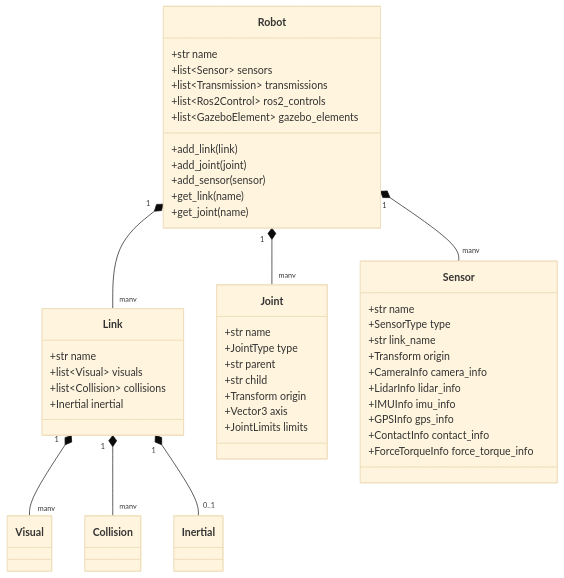
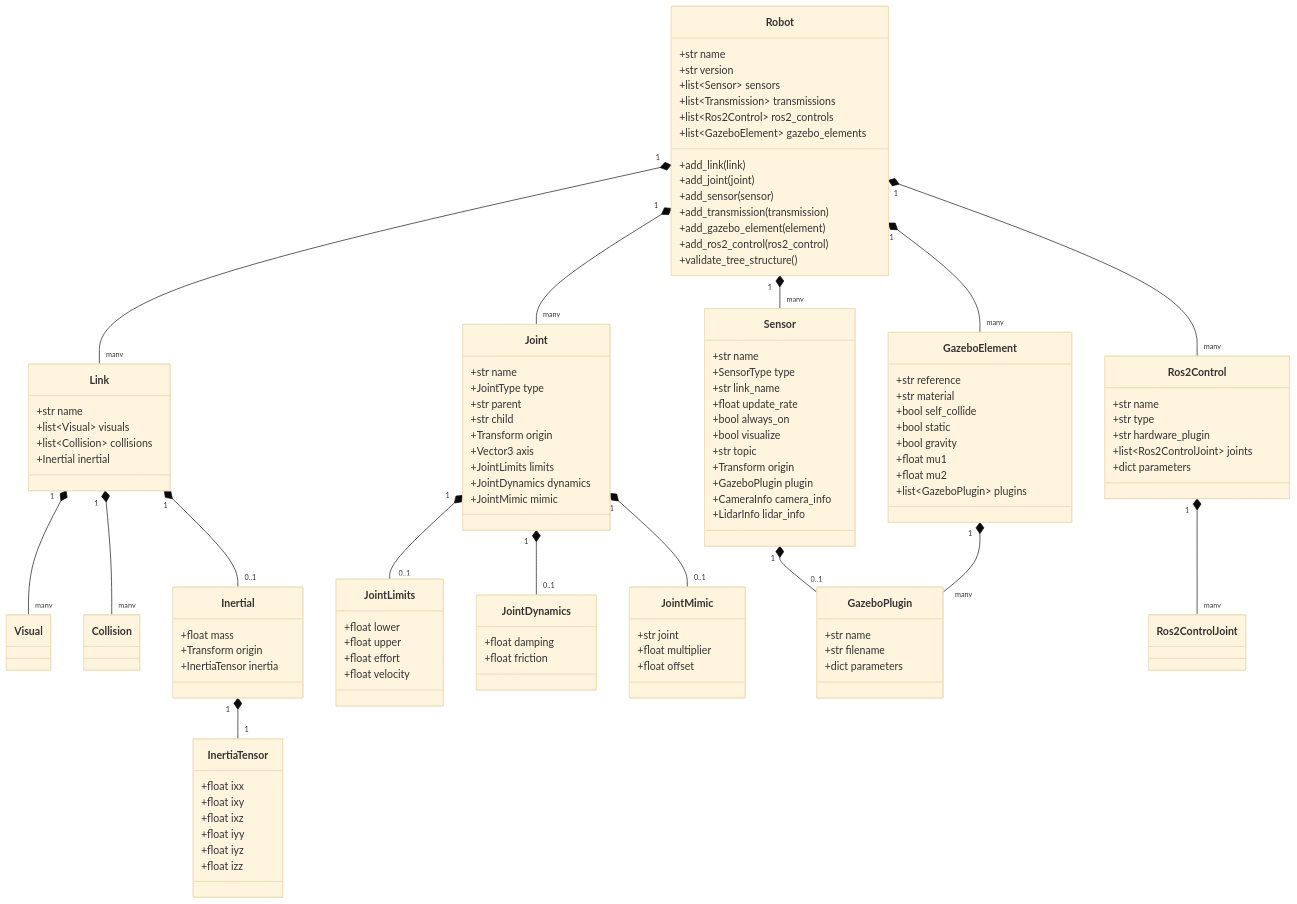
Before and after one commit to arounamounchili/linkforge: the fifth of 7 diagrams in ARCHITECTURE.md, drawn with Mermaid (base theme).

Commit message:
docs: comprehensive audit and refinement of ARCHITECTURE.md and CONTRIBUTING.md
- Verified and corrected import/export data flow diagrams
- Expanded class diagrams to cover full v1.1.0 core API surface
- Documented security architecture and resource limits
- Synchronized component tables and file paths
- Fixed formatting and outdated configuration instructions

````diff
--- a/ARCHITECTURE.md
+++ b/ARCHITECTURE.md
@@ -175,6 +175,7 @@
 classDiagram
     class Robot {
         +str name
+        +str version
         +list~Sensor~ sensors
         +list~Transmission~ transmissions
         +list~Ros2Control~ ros2_controls
@@ -182,8 +183,10 @@
         +add_link(link)
         +add_joint(joint)
         +add_sensor(sensor)
-        +get_link(name)
-        +get_joint(name)
+        +add_transmission(transmission)
+        +add_gazebo_element(element)
+        +add_ros2_control(ros2_control)
+        +validate_tree_structure()
     }
 
     class Link {
@@ -191,6 +194,21 @@
         +list~Visual~ visuals
         +list~Collision~ collisions
         +Inertial inertial
+    }
+
+    class Inertial {
+        +float mass
+        +Transform origin
+        +InertiaTensor inertia
+    }
+
+    class InertiaTensor {
+        +float ixx
+        +float ixy
+        +float ixz
+        +float iyy
+        +float iyz
+        +float izz
     }
 
     class Joint {
@@ -201,25 +219,80 @@
         +Transform origin
         +Vector3 axis
         +JointLimits limits
+        +JointDynamics dynamics
+        +JointMimic mimic
+    }
+
+    class JointLimits {
+        +float lower
+        +float upper
+        +float effort
+        +float velocity
+    }
+
+    class JointDynamics {
+        +float damping
+        +float friction
+    }
+
+    class JointMimic {
+        +str joint
+        +float multiplier
+        +float offset
     }
 
     class Sensor {
         +str name
         +SensorType type
         +str link_name
+        +float update_rate
+        +bool always_on
+        +bool visualize
+        +str topic
         +Transform origin
+        +GazeboPlugin plugin
         +CameraInfo camera_info
         +LidarInfo lidar_info
-        +IMUInfo imu_info
-        +GPSInfo gps_info
-        +ContactInfo contact_info
-        +ForceTorqueInfo force_torque_info
+    }
+
+    class GazeboElement {
+        +str reference
+        +str material
+        +bool self_collide
+        +bool static
+        +bool gravity
+        +float mu1
+        +float mu2
+        +list~GazeboPlugin~ plugins
+    }
+
+    class GazeboPlugin {
+        +str name
+        +str filename
+        +dict parameters
+    }
+
+    class Ros2Control {
+        +str name
+        +str type
+        +str hardware_plugin
+        +list~Ros2ControlJoint~ joints
+        +dict parameters
     }
 
     Robot "1" *-- "many" Link
     Robot "1" *-- "many" Joint
     Robot "1" *-- "many" Sensor
+    Robot "1" *-- "many" GazeboElement
+    Robot "1" *-- "many" Ros2Control
     Link "1" *-- "many" Visual
     Link "1" *-- "many" Collision
     Link "1" *-- "0..1" Inertial
+    Inertial "1" *-- "1" InertiaTensor
+    Joint "1" *-- "0..1" JointLimits
+    Joint "1" *-- "0..1" JointDynamics
+    Joint "1" *-- "0..1" JointMimic
+    GazeboElement "1" *-- "many" GazeboPlugin
+    Sensor "1" *-- "0..1" GazeboPlugin
+    Ros2Control "1" *-- "many" Ros2ControlJoint
 ```
````
